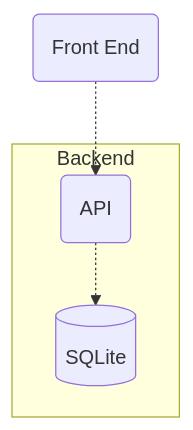
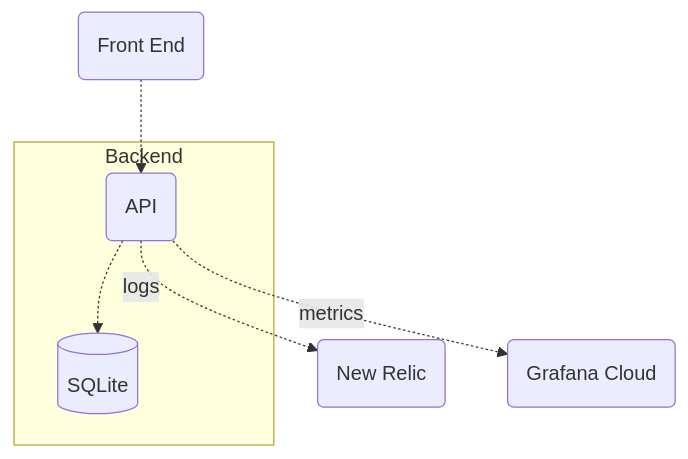
Before and after one commit to macielti/rango-graalvm: the diagram in README.md, drawn with Mermaid.

Commit message:
update chart

````diff
--- a/README.md
+++ b/README.md
@@ -5,8 +5,10 @@
 ```mermaid
 flowchart TD
     G(Front End) -.-> LB(API)
     subgraph Backend
         LB -.-> Db[(SQLite)]
 
     end
+    LB -.->|logs| LOGS(New Relic)
+    LB -.->|metrics| MT(Grafana Cloud)
 ```
````
